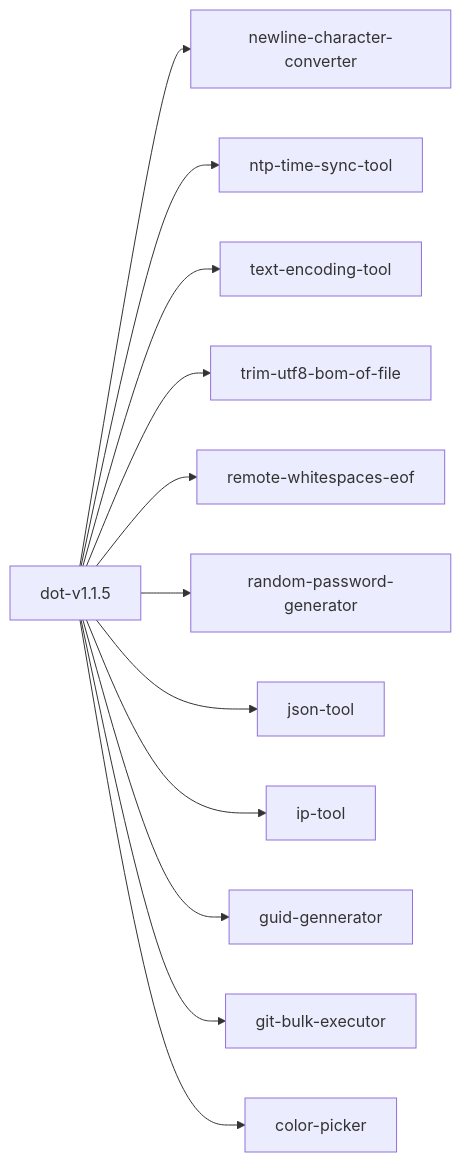
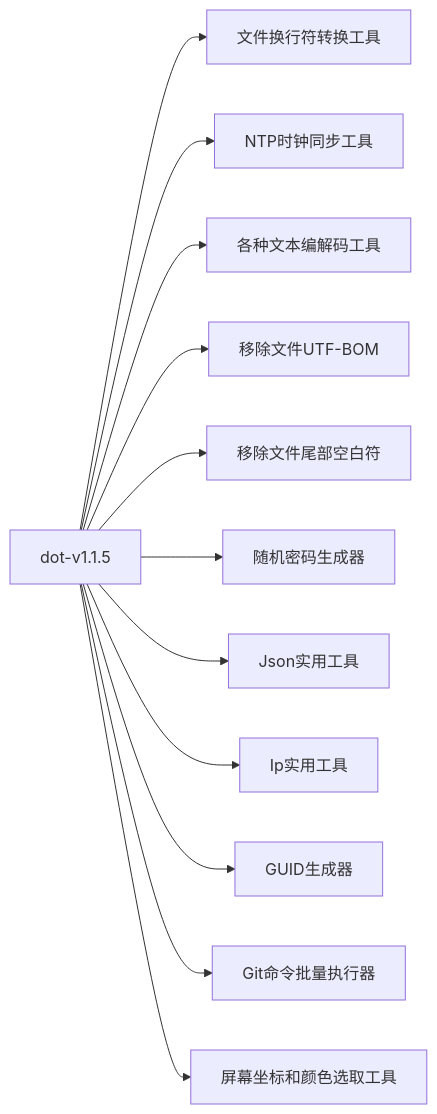
One commit to nsnail/dot changed the diagram in README.zh-CN.md. Above: the diagram before and after it, drawn with Mermaid. The commit also changed 1 other file, not shown here.

````diff
--- a/README.zh-CN.md
+++ b/README.zh-CN.md
@@ -5,14 +5,14 @@
 ```mermaid
 graph LR;
-    dot-v1.1.5-->newline-character-converter;
-    dot-v1.1.5-->ntp-time-sync-tool;
-    dot-v1.1.5-->text-encoding-tool;
-    dot-v1.1.5-->trim-utf8-bom-of-file
-    dot-v1.1.5-->remote-whitespaces-eof
-    dot-v1.1.5-->random-password-generator
-    dot-v1.1.5-->json-tool
-    dot-v1.1.5-->ip-tool
-    dot-v1.1.5-->guid-gennerator
-    dot-v1.1.5-->git-bulk-executor
-    dot-v1.1.5-->color-picker
+    dot-v1.1.5-->文件换行符转换工具
+    dot-v1.1.5-->NTP时钟同步工具
+    dot-v1.1.5-->各种文本编解码工具
+    dot-v1.1.5-->移除文件UTF-BOM
+    dot-v1.1.5-->移除文件尾部空白符
+    dot-v1.1.5-->随机密码生成器
+    dot-v1.1.5-->Json实用工具
+    dot-v1.1.5-->Ip实用工具
+    dot-v1.1.5-->GUID生成器
+    dot-v1.1.5-->Git命令批量执行器
+    dot-v1.1.5-->屏幕坐标和颜色选取工具
 ```
````
